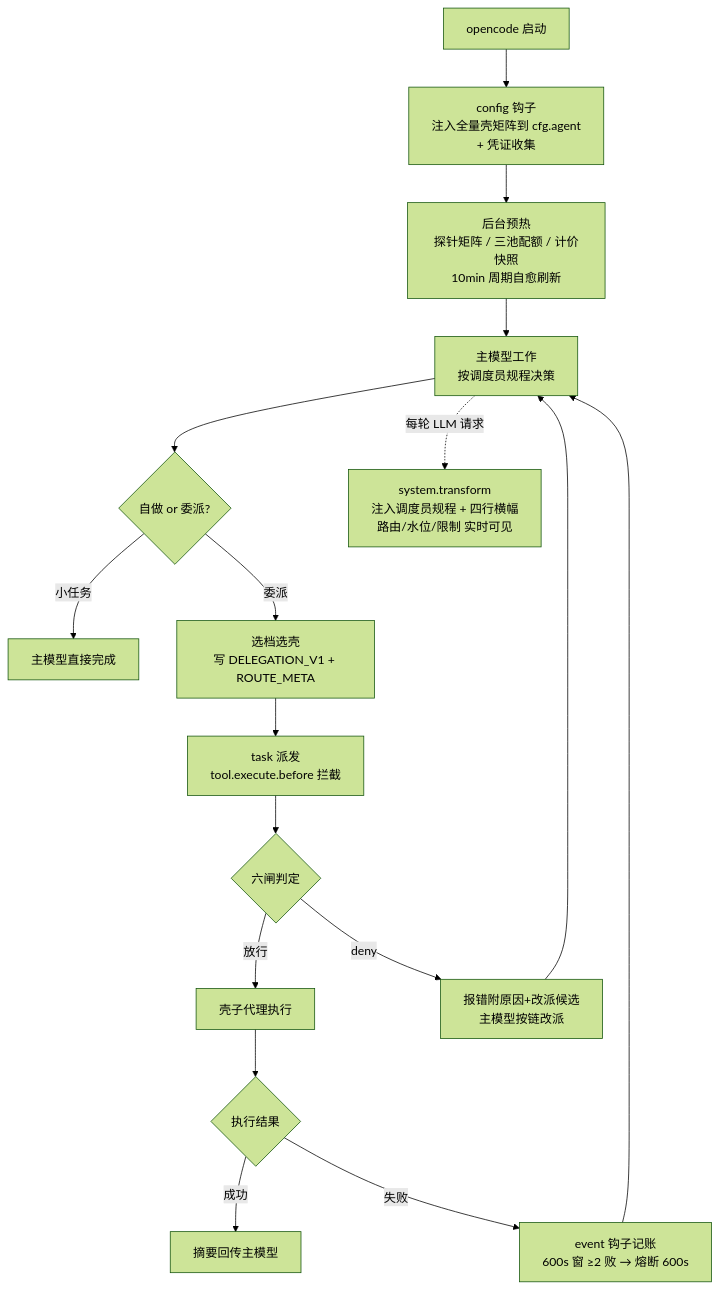
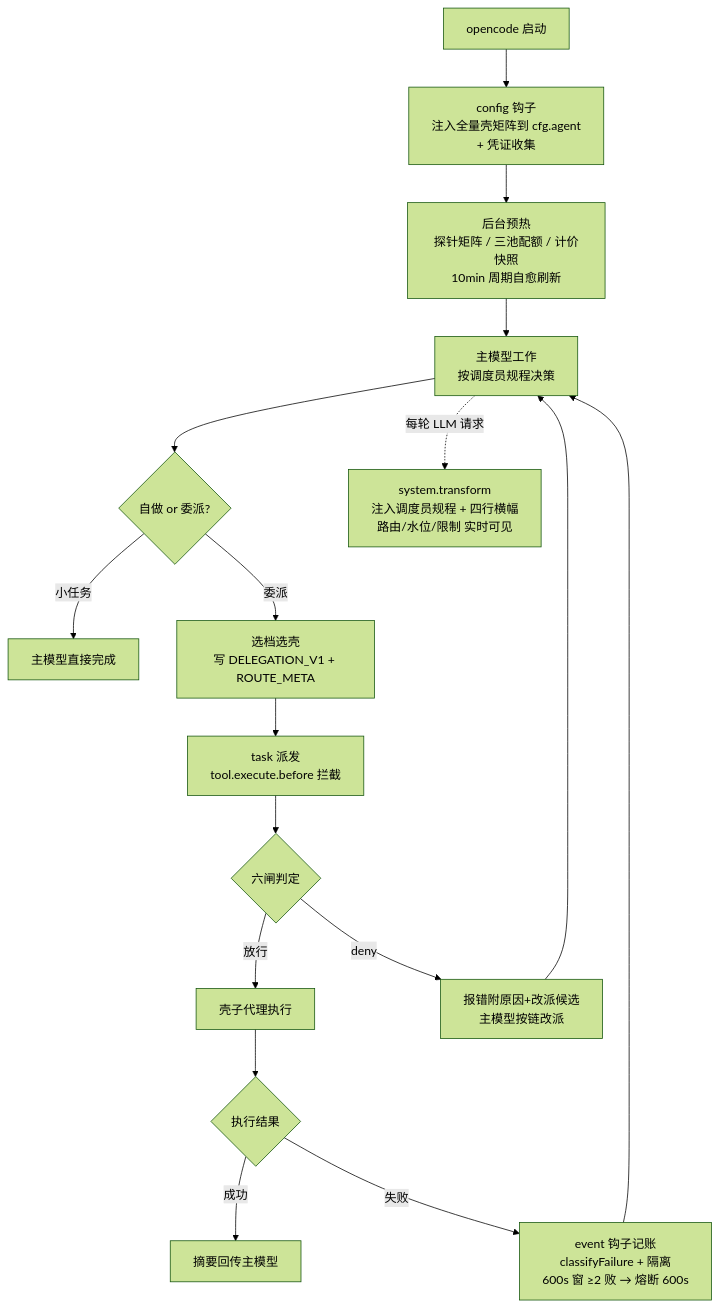
One commit to mrzturn/opencode-switchman changed the diagram in README.zh.md. Above: the diagram before and after it, drawn with Mermaid (forest theme). The commit also changed other lines of this file and 4 other files, not shown here.

````diff
--- a/README.zh.md
+++ b/README.zh.md
@@ -151,19 +161,19 @@
 ```mermaid
 flowchart TD
     A[opencode 启动] --> B[config 钩子<br/>注入全量壳矩阵到 cfg.agent<br/>+ 凭证收集]
     B --> C[后台预热<br/>探针矩阵 / 三池配额 / 计价快照<br/>10min 周期自愈刷新]
     C --> D[主模型工作<br/>按调度员规程决策]
     D --> E{自做 or 委派?}
     E -->|小任务| Z[主模型直接完成]
     E -->|委派| F[选档选壳<br/>写 DELEGATION_V1 + ROUTE_META]
     F --> G[task 派发<br/>tool.execute.before 拦截]
     G --> H{六闸判定}
     H -->|放行| I[壳子代理执行]
     H -->|deny| J[报错附原因+改派候选<br/>主模型按链改派]
     I --> K{执行结果}
     K -->|成功| L[摘要回传主模型]
-    K -->|失败| M[event 钩子记账<br/>600s 窗 ≥2 败 → 熔断 600s]
+    K -->|失败| M[event 钩子记账<br/>classifyFailure + 隔离<br/>600s 窗 ≥2 败 → 熔断 600s]
     M --> D
     J --> D
     D -.每轮 LLM 请求.-> N[system.transform<br/>注入调度员规程 + 四行横幅<br/>路由/水位/限制 实时可见]
 ```
````
